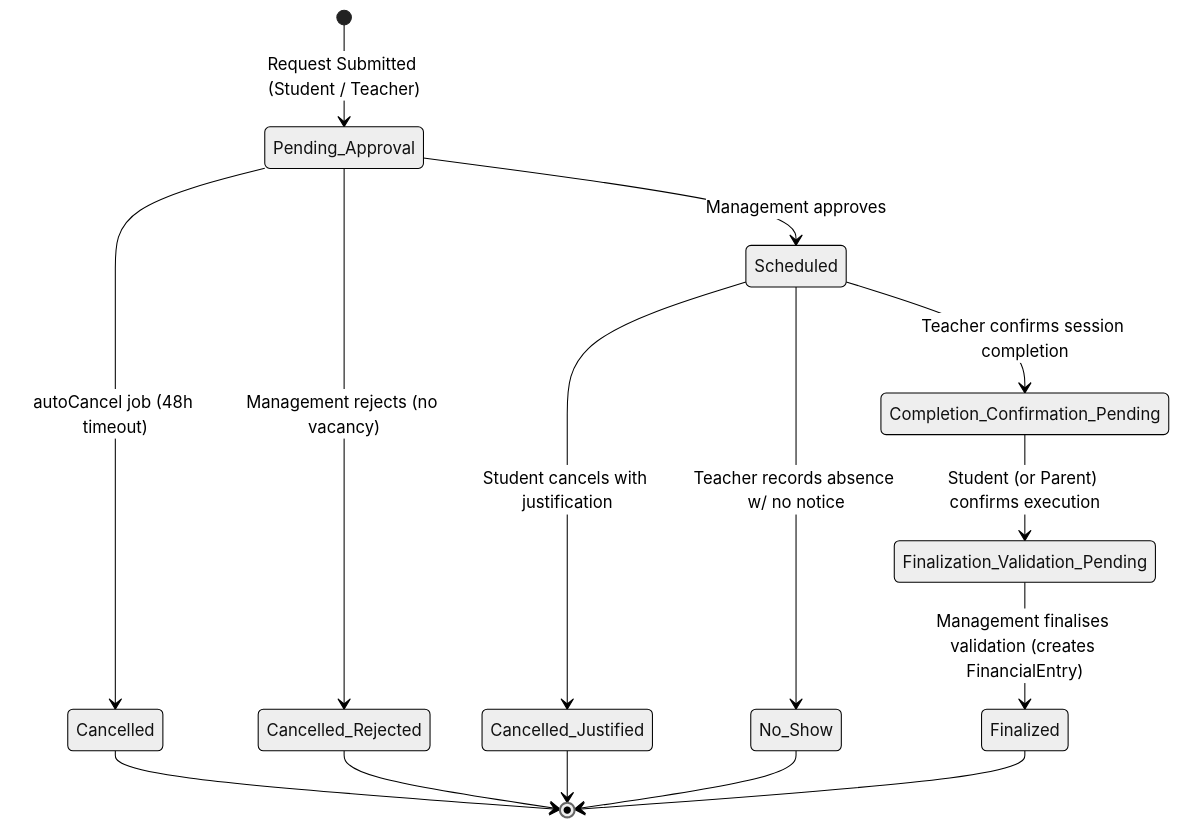
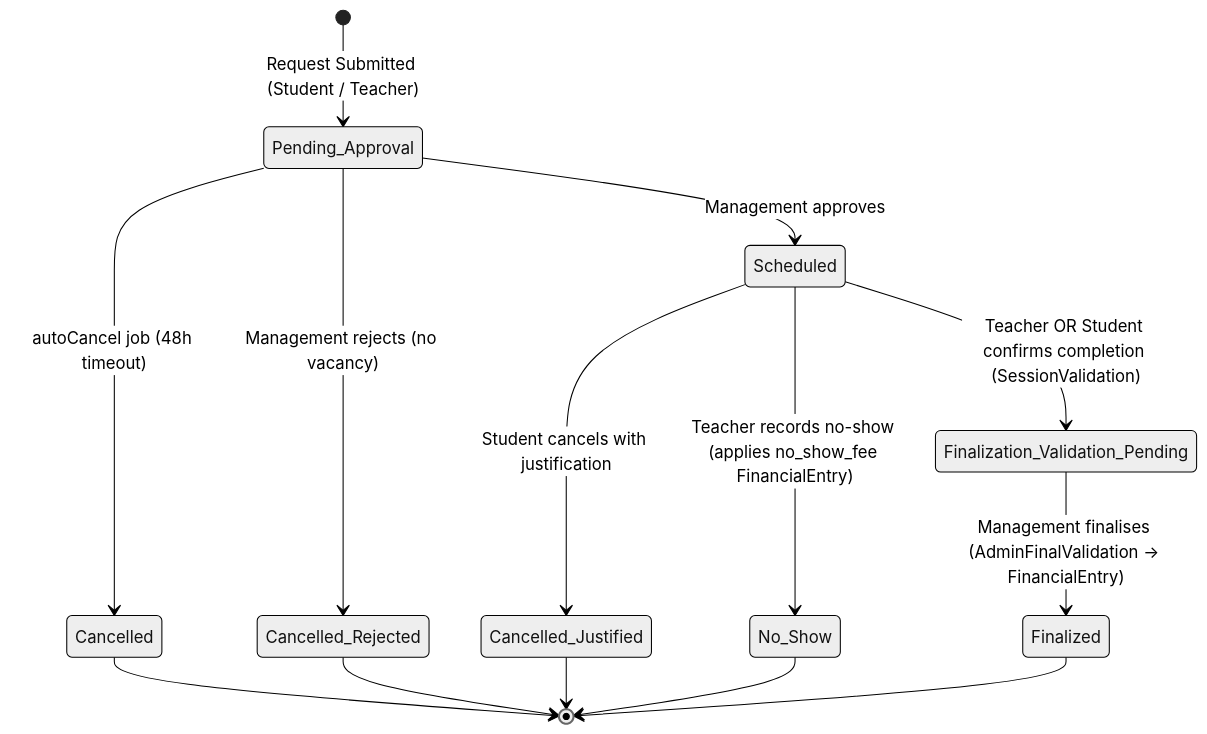
The diagram in diagrams/State Machine Diagram/statediagram.md (NovaLogic-Systems/gestArtes-docs), drawn with Mermaid (neutral theme) before and after one commit. The commit also changed 4 other files, not shown here.

````diff
--- a/diagrams/State Machine Diagram/statediagram.md
+++ b/diagrams/State Machine Diagram/statediagram.md
@@ -1,28 +1,34 @@
 ```mermaid
 stateDiagram-v2
     direction TB
 
     %% Request start (Pending_Approval is seeded in DB)
     [*] --> Pending_Approval : Request Submitted (Student / Teacher)
 
-    %% Booking validation (Scheduled is auto-created by approve-session.usecase.js)
+    %% Booking validation ('Scheduled' is resolve-or-created by approve-session.usecase.js;
+    %% 'Cancelled_Rejected' by reject-session.usecase.js)
     Pending_Approval --> Scheduled : Management approves
     Pending_Approval --> Cancelled : autoCancel job (48h timeout)
     Pending_Approval --> Cancelled_Rejected : Management rejects (no vacancy)
 
-    %% Post-coaching validation flow (Teacher confirms, then Student/Parent confirms, then Management finalises)
-    Scheduled --> Completion_Confirmation_Pending : Teacher confirms session completion
-    Completion_Confirmation_Pending --> Finalization_Validation_Pending : Student (or Parent) confirms execution
-    Finalization_Validation_Pending --> Finalized : Management finalises validation (creates FinancialEntry)
+    %% Post-coaching validation flow.
+    %% NOTE (as-built): in the current code EITHER the teacher (teacher.controller.confirmCompletion)
+    %% OR the student (coaching.service.confirmCompletion) confirmation moves the session
+    %% straight to Finalization_Validation_Pending via a SessionValidation row.
+    %% The 'Completion_Confirmation_Pending' status is seeded but is not currently set
+    %% as a transition target.
+    Scheduled --> Finalization_Validation_Pending : Teacher OR Student confirms completion (SessionValidation)
+    Finalization_Validation_Pending --> Finalized : Management finalises (AdminFinalValidation → FinancialEntry)
 
     %% Exception flows during scheduled lesson
-    Scheduled --> No_Show : Teacher records absence w/ no notice
+    Scheduled --> No_Show : Teacher records no-show (applies no_show_fee FinancialEntry)
     Scheduled --> Cancelled_Justified : Student cancels with justification
 
-    %% Final states (FinancialEntry is generated as part of Finalized transition)
+    %% Final states (the session_revenue FinancialEntry is generated as part of the Finalized transition;
+    %% the no_show_fee FinancialEntry is generated at the No_Show transition)
     Cancelled --> [*]
     Cancelled_Rejected --> [*]
     Cancelled_Justified --> [*]
     No_Show --> [*]
     Finalized --> [*]
 ```
````
